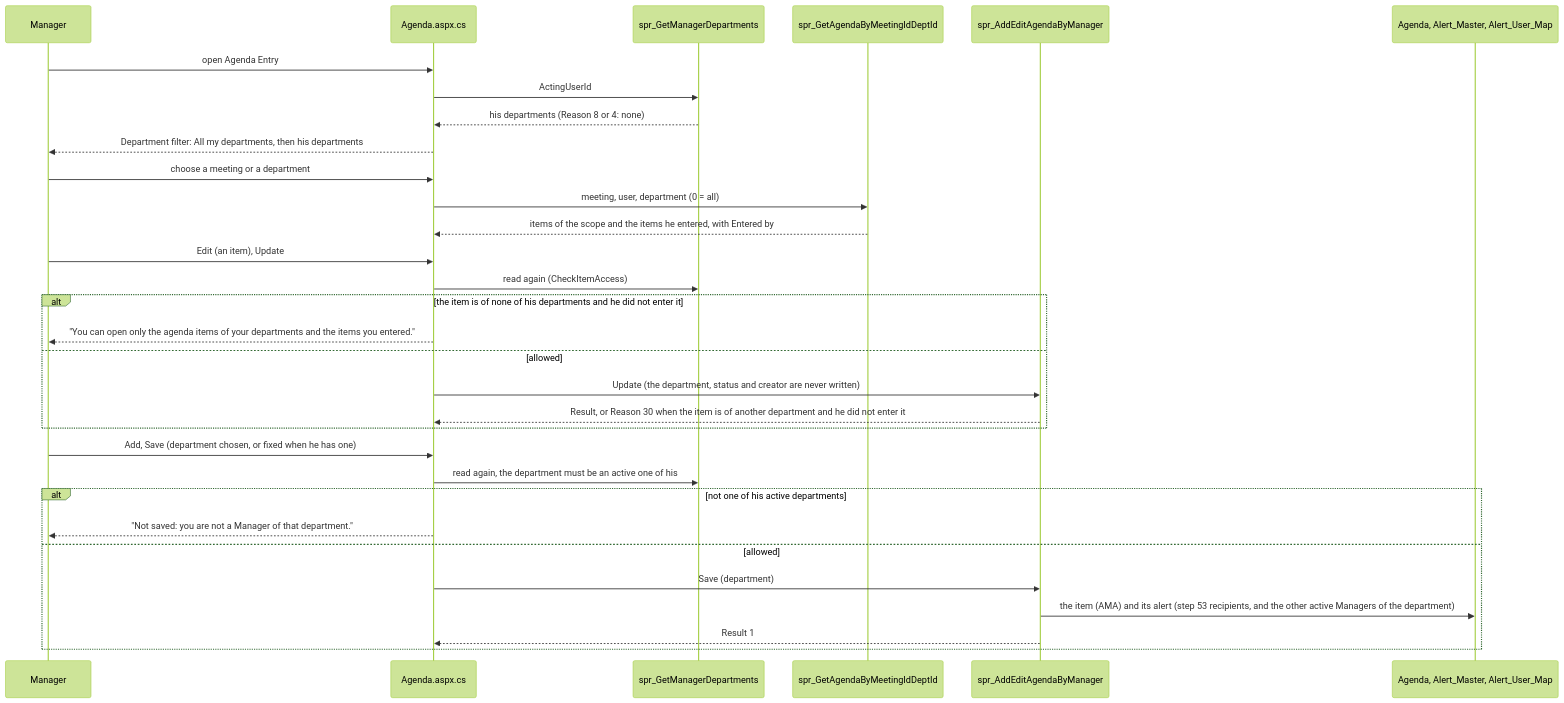
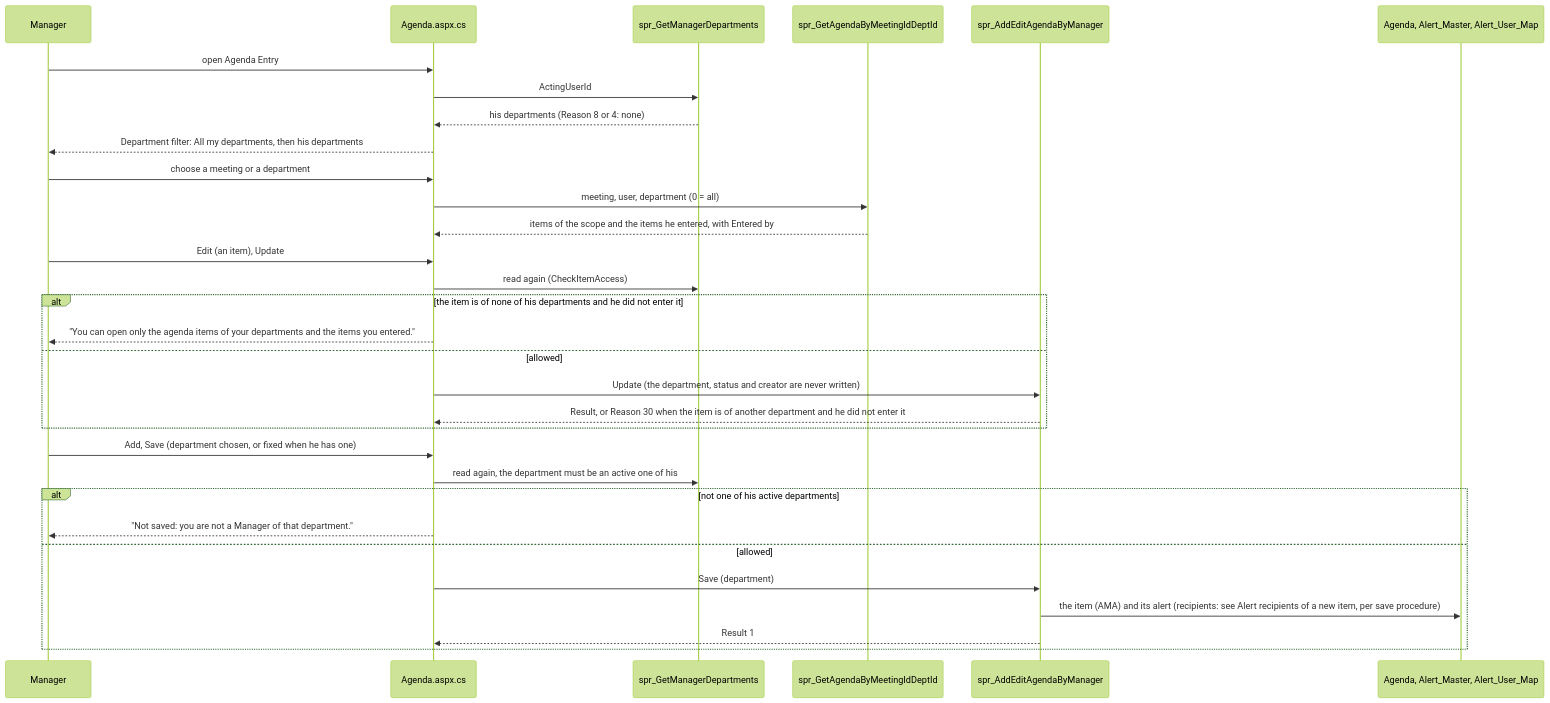
One commit to gashpy64/BMMS-Legacy changed the third of 7 diagrams in Documents/Data-Flow/03-Program-to-Program/04-Agenda-Entry-and-Routing.md. Above: the diagram before and after it, drawn with Mermaid (forest theme). The commit also changed other lines of this file and 23 other files, not shown here.

First line of the commit message:
WF2e1: Data-Flow part 1, Agenda (DA-G-006, 007, 008, 011, 017; drift 09:169-170, 09:238); part labels WF2c1-c4 renamed WF2e1-e4

````diff
--- a/Documents/Data-Flow/03-Program-to-Program/04-Agenda-Entry-and-Routing.md
+++ b/Documents/Data-Flow/03-Program-to-Program/04-Agenda-Entry-and-Routing.md
@@ -128,34 +206,34 @@
 ```mermaid
 sequenceDiagram
     participant M as Manager
     participant P as Agenda.aspx.cs
     participant SD as spr_GetManagerDepartments
     participant SL as spr_GetAgendaByMeetingIdDeptId
     participant SU as spr_AddEditAgendaByManager
     participant T as Agenda, Alert_Master, Alert_User_Map
 
     M->>P: open Agenda Entry
     P->>SD: ActingUserId
     SD-->>P: his departments (Reason 8 or 4: none)
     P-->>M: Department filter: All my departments, then his departments
     M->>P: choose a meeting or a department
     P->>SL: meeting, user, department (0 = all)
     SL-->>P: items of the scope and the items he entered, with Entered by
     M->>P: Edit (an item), Update
     P->>SD: read again (CheckItemAccess)
     alt the item is of none of his departments and he did not enter it
         P-->>M: "You can open only the agenda items of your departments and the items you entered."
     else allowed
         P->>SU: Update (the department, status and creator are never written)
         SU-->>P: Result, or Reason 30 when the item is of another department and he did not enter it
     end
     M->>P: Add, Save (department chosen, or fixed when he has one)
     P->>SD: read again, the department must be an active one of his
     alt not one of his active departments
         P-->>M: "Not saved: you are not a Manager of that department."
     else allowed
         P->>SU: Save (department)
-        SU->>T: the item (AMA) and its alert (step 53 recipients, and the other active Managers of the department)
+        SU->>T: the item (AMA) and its alert (recipients: see Alert recipients of a new item, per save procedure)
         SU-->>P: Result 1
     end
 ```
````
